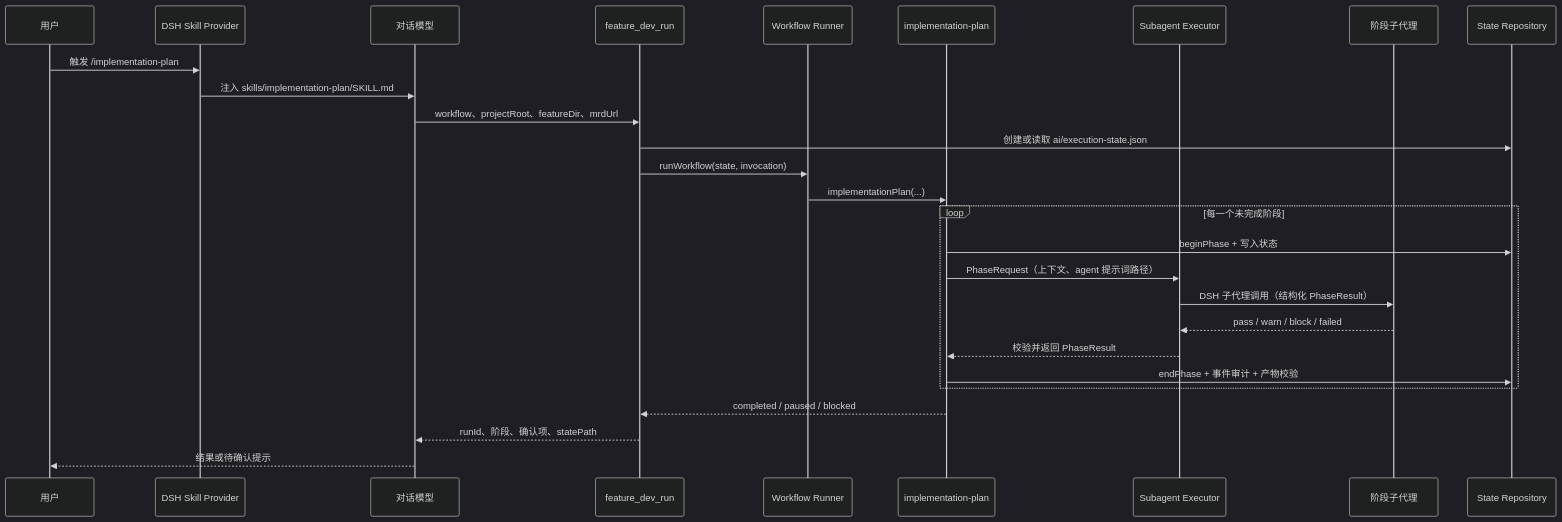
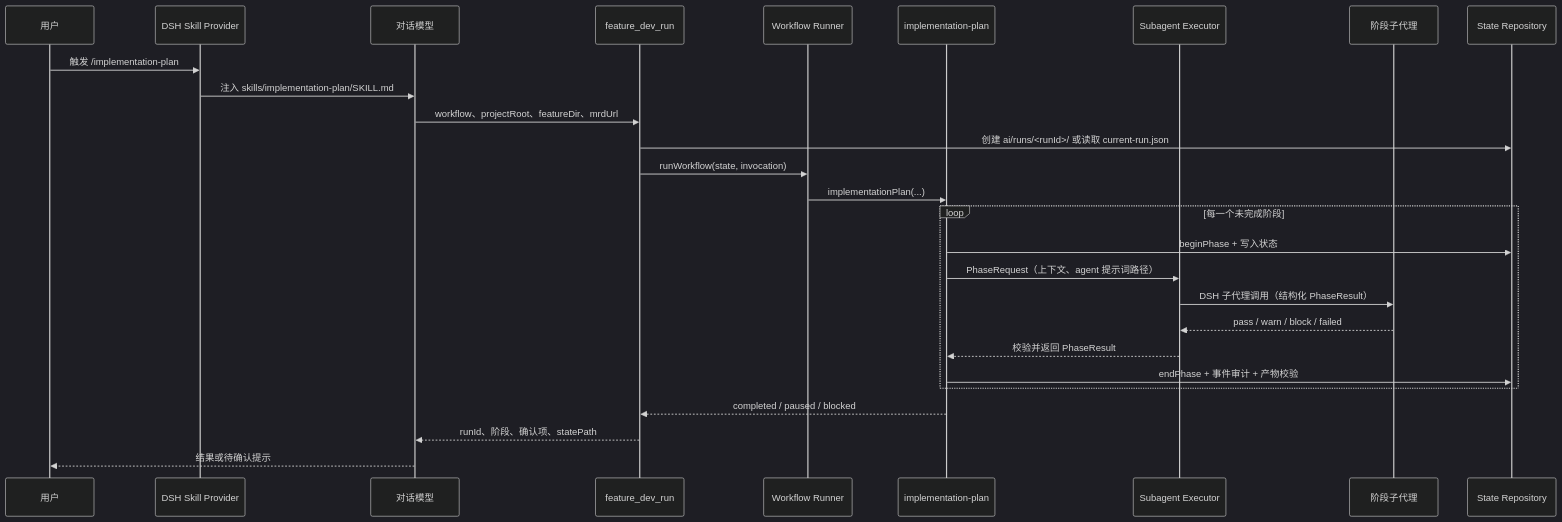
Before and after one commit to awaichixigua/dsh-feature-dev: the diagram in docs/ARCHITECTURE.md, drawn with Mermaid (dark theme). The commit also changed other lines of this file and 27 other files, not shown here.

Commit message:
运行规则： feature_dev_run 始终生成新 runId 和独立目录。 所有文件写好后，原子更新 current-run.json。 resume/status/confirm 增加可选 runId；未提供时读取当前指针。 已结束的运行原地保留，不需要归档或重命名。 同一需求存在未结束运行时，可以拒绝新建，或要求显式指定并行策略。

````diff
--- a/docs/ARCHITECTURE.md
+++ b/docs/ARCHITECTURE.md
@@ -23,30 +23,30 @@
 ```mermaid
 sequenceDiagram
     participant U as 用户
     participant S as DSH Skill Provider
     participant M as 对话模型
     participant T as feature_dev_run
     participant R as Workflow Runner
     participant W as implementation-plan
     participant E as Subagent Executor
     participant A as 阶段子代理
     participant P as State Repository
 
     U->>S: 触发 /implementation-plan
     S->>M: 注入 skills/implementation-plan/SKILL.md
     M->>T: workflow、projectRoot、featureDir、mrdUrl
-    T->>P: 创建或读取 ai/execution-state.json
+    T->>P: 创建 ai/runs/<runId>/ 或读取 current-run.json
     T->>R: runWorkflow(state, invocation)
     R->>W: implementationPlan(...)
     loop 每一个未完成阶段
         W->>P: beginPhase + 写入状态
         W->>E: PhaseRequest（上下文、agent 提示词路径）
         E->>A: DSH 子代理调用（结构化 PhaseResult）
         A-->>E: pass / warn / block / failed
         E-->>W: 校验并返回 PhaseResult
         W->>P: endPhase + 事件审计 + 产物校验
     end
     W-->>T: completed / paused / blocked
     T-->>M: runId、阶段、确认项、statePath
     M-->>U: 结果或待确认提示
 ```
````
